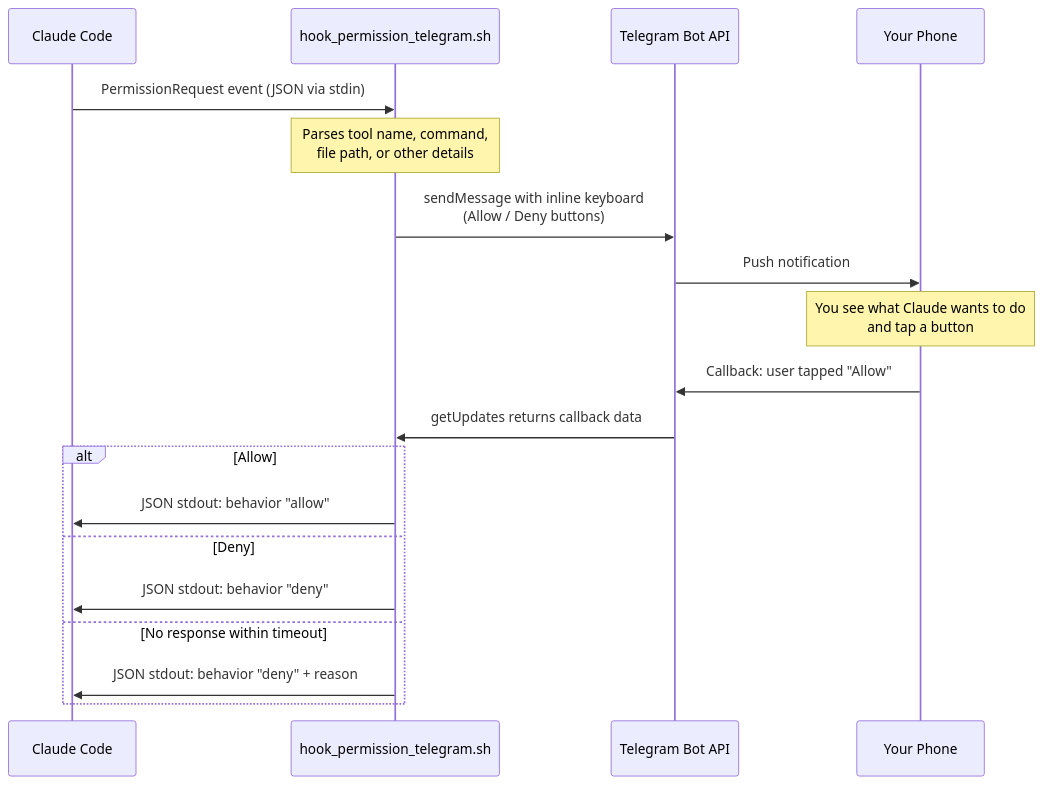
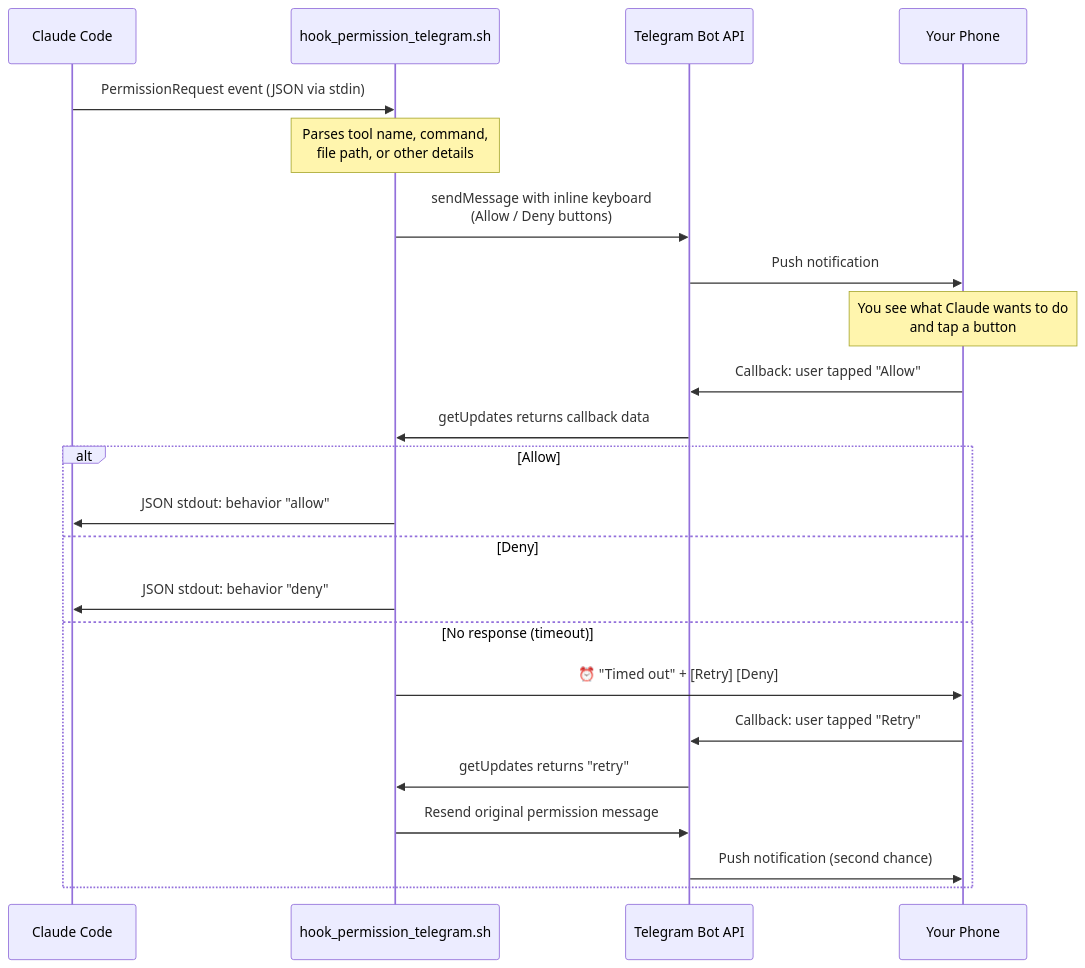
Before and after one commit to webcomunicasolutions/claude-telegram-hook: the diagram in README.md, drawn with Mermaid. The commit also changed other lines of this file and 3 other files, not shown here.

````diff
--- a/README.md
+++ b/README.md
@@ -194,26 +196,30 @@
 ```mermaid
 sequenceDiagram
     participant CC as Claude Code
     participant Hook as hook_permission_telegram.sh
     participant API as Telegram Bot API
     participant Phone as Your Phone
 
     CC->>Hook: PermissionRequest event (JSON via stdin)
     Note over Hook: Parses tool name, command,<br/>file path, or other details
 
     Hook->>API: sendMessage with inline keyboard<br/>(Allow / Deny buttons)
     API->>Phone: Push notification
 
     Note over Phone: You see what Claude wants to do<br/>and tap a button
 
     Phone->>API: Callback: user tapped "Allow"
     API->>Hook: getUpdates returns callback data
 
     alt Allow
         Hook->>CC: JSON stdout: behavior "allow"
     else Deny
         Hook->>CC: JSON stdout: behavior "deny"
-    else No response within timeout
-        Hook->>CC: JSON stdout: behavior "deny" + reason
+    else No response (timeout)
+        Hook->>Phone: ⏰ "Timed out" + [Retry] [Deny]
+        Phone->>API: Callback: user tapped "Retry"
+        API->>Hook: getUpdates returns "retry"
+        Hook->>API: Resend original permission message
+        API->>Phone: Push notification (second chance)
     end
 ```
````
